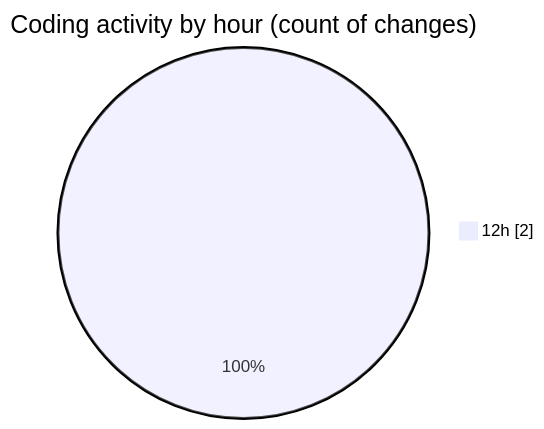
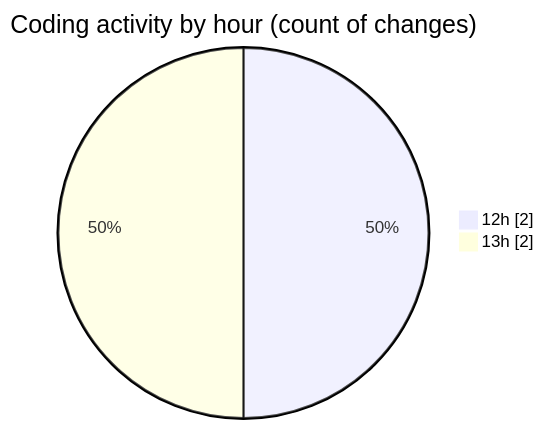
Before and after one commit to NitaiMahat/code-tracking: the second of 2 diagrams in 2025-03-11/inventor/README.md, drawn with Mermaid. The commit also changed other lines of this file and 1 other file, not shown here.

````diff
--- a/2025-03-11/inventor/README.md
+++ b/2025-03-11/inventor/README.md
@@ -28,5 +29,6 @@
 ```mermaid
 pie showData
 title Coding activity by hour (count of changes)
 "12h" : 2
+"13h" : 2
 ```
````
